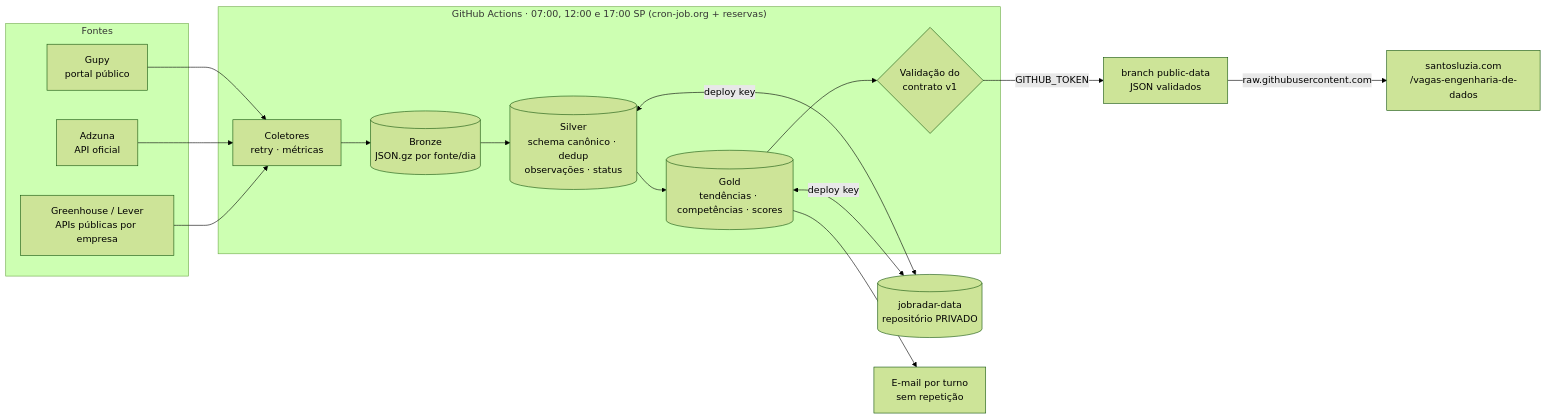
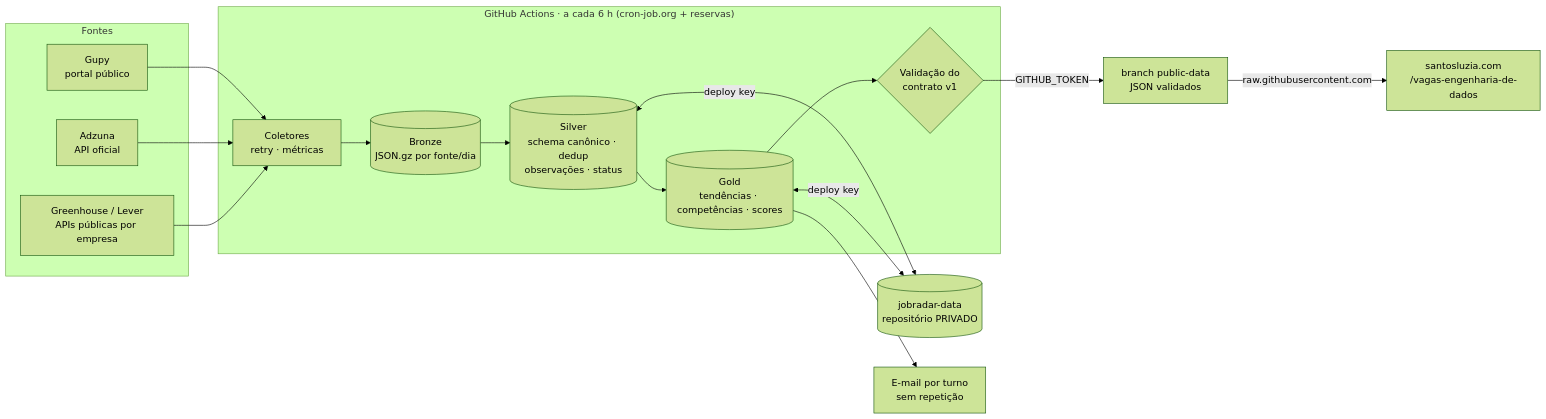
One commit to santosluzia/JobRadar changed the diagram in README.md. Above: the diagram before and after it, drawn with Mermaid (forest theme). The commit also changed other lines of this file and 5 other files, not shown here.

First line of the commit message:
Agendamento: 4 turnos de 6 horas (cron-job.org a cada 6 h)

````diff
--- a/README.md
+++ b/README.md
@@ -50,19 +50,19 @@
 ```mermaid
 flowchart LR
   subgraph Fontes
     G[Gupy<br/>portal público]
     A[Adzuna<br/>API oficial]
     GH[Greenhouse / Lever<br/>APIs públicas por empresa]
   end
-  subgraph Actions["GitHub Actions · 07:00, 12:00 e 17:00 SP (cron-job.org + reservas)"]
+  subgraph Actions["GitHub Actions · a cada 6 h (cron-job.org + reservas)"]
     C[Coletores<br/>retry · métricas] --> B[(Bronze<br/>JSON.gz por fonte/dia)]
     B --> S[(Silver<br/>schema canônico · dedup<br/>observações · status)]
     S --> GO[(Gold<br/>tendências · competências · scores)]
     GO --> V{Validação do<br/>contrato v1}
   end
   G & A & GH --> C
   S & GO <-->|deploy key| P[(jobradar-data<br/>repositório PRIVADO)]
   V -->|GITHUB_TOKEN| PD[branch public-data<br/>JSON validados]
   GO --> E[E-mail por turno<br/>sem repetição]
   PD -->|raw.githubusercontent.com| SITE[santosluzia.com<br/>/vagas-engenharia-de-dados]
 ```
````
